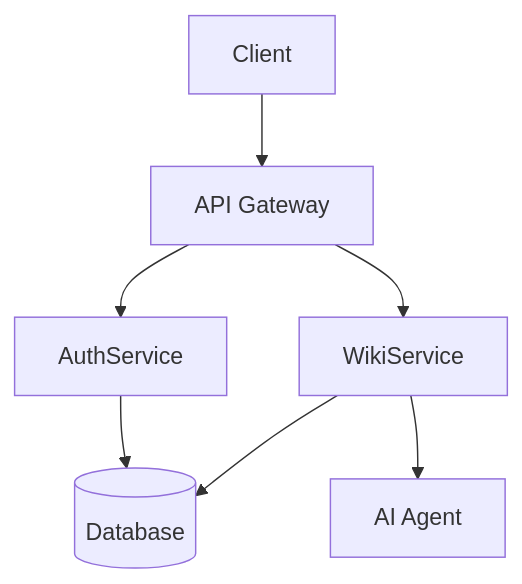
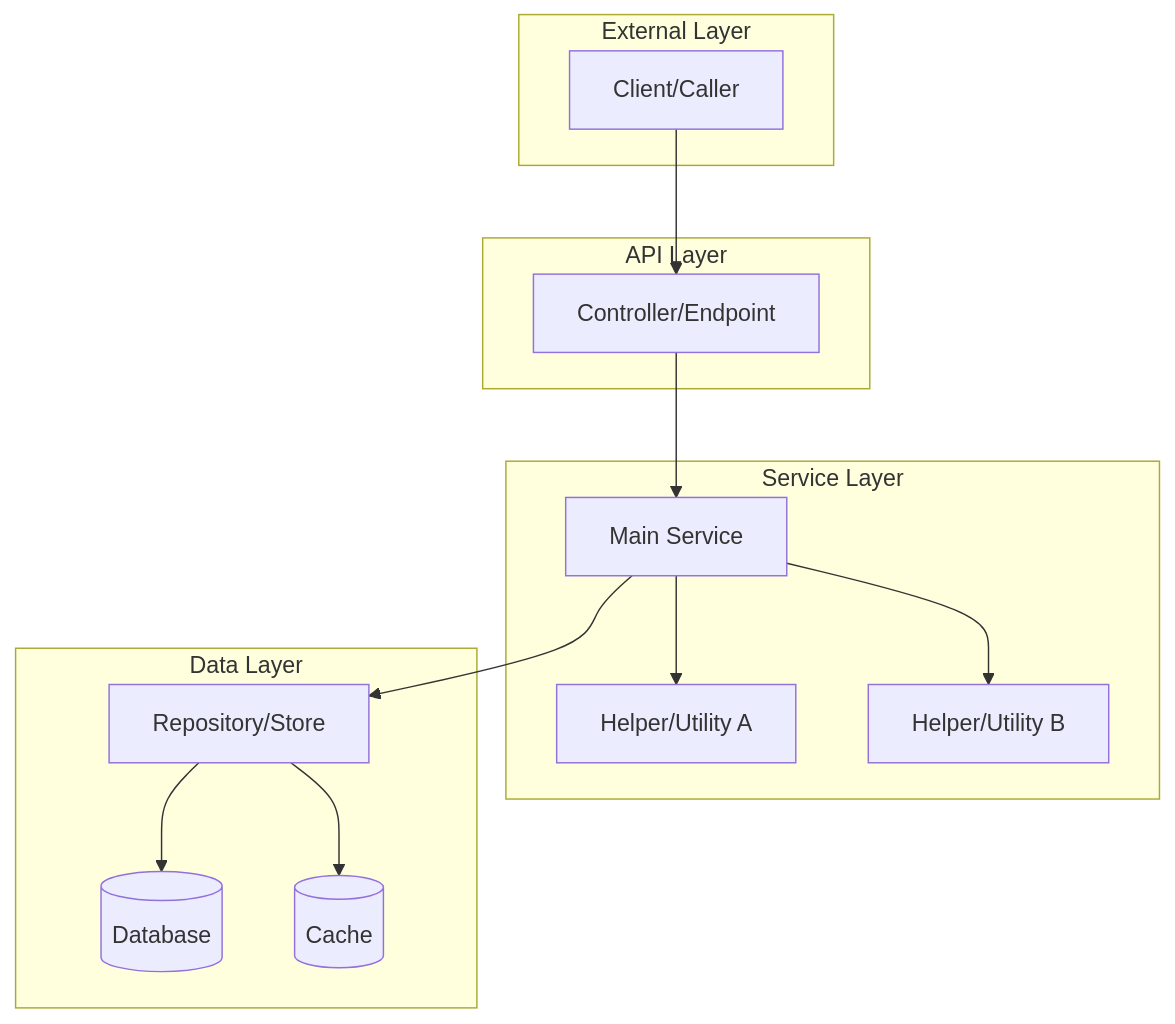
The fourth of 12 diagrams in src/OpenDeepWiki/prompts/content-generator.md (jianyuyanyu/OpenDeepWiki), drawn with Mermaid before and after one commit. The commit also changed other lines of this file and 40 other files, not shown here.

````diff
--- a/src/OpenDeepWiki/prompts/content-generator.md
+++ b/src/OpenDeepWiki/prompts/content-generator.md
@@ -554,9 +596,30 @@
 ```mermaid
-graph TD
-    A[Client] --> B[API Gateway]
-    B --> C[AuthService]
-    B --> D[WikiService]
-    C --> E[(Database)]
-    D --> E
-    D --> F[AI Agent]
+flowchart TD
+    subgraph External["External Layer"]
+        Client[Client/Caller]
+    end
+
+    subgraph API["API Layer"]
+        Controller[Controller/Endpoint]
+    end
+
+    subgraph Service["Service Layer"]
+        MainService[Main Service]
+        Helper1[Helper/Utility A]
+        Helper2[Helper/Utility B]
+    end
+
+    subgraph Data["Data Layer"]
+        Repo[Repository/Store]
+        DB[(Database)]
+        Cache[(Cache)]
+    end
+
+    Client --> Controller
+    Controller --> MainService
+    MainService --> Helper1
+    MainService --> Helper2
+    MainService --> Repo
+    Repo --> DB
+    Repo --> Cache
 ```
````
